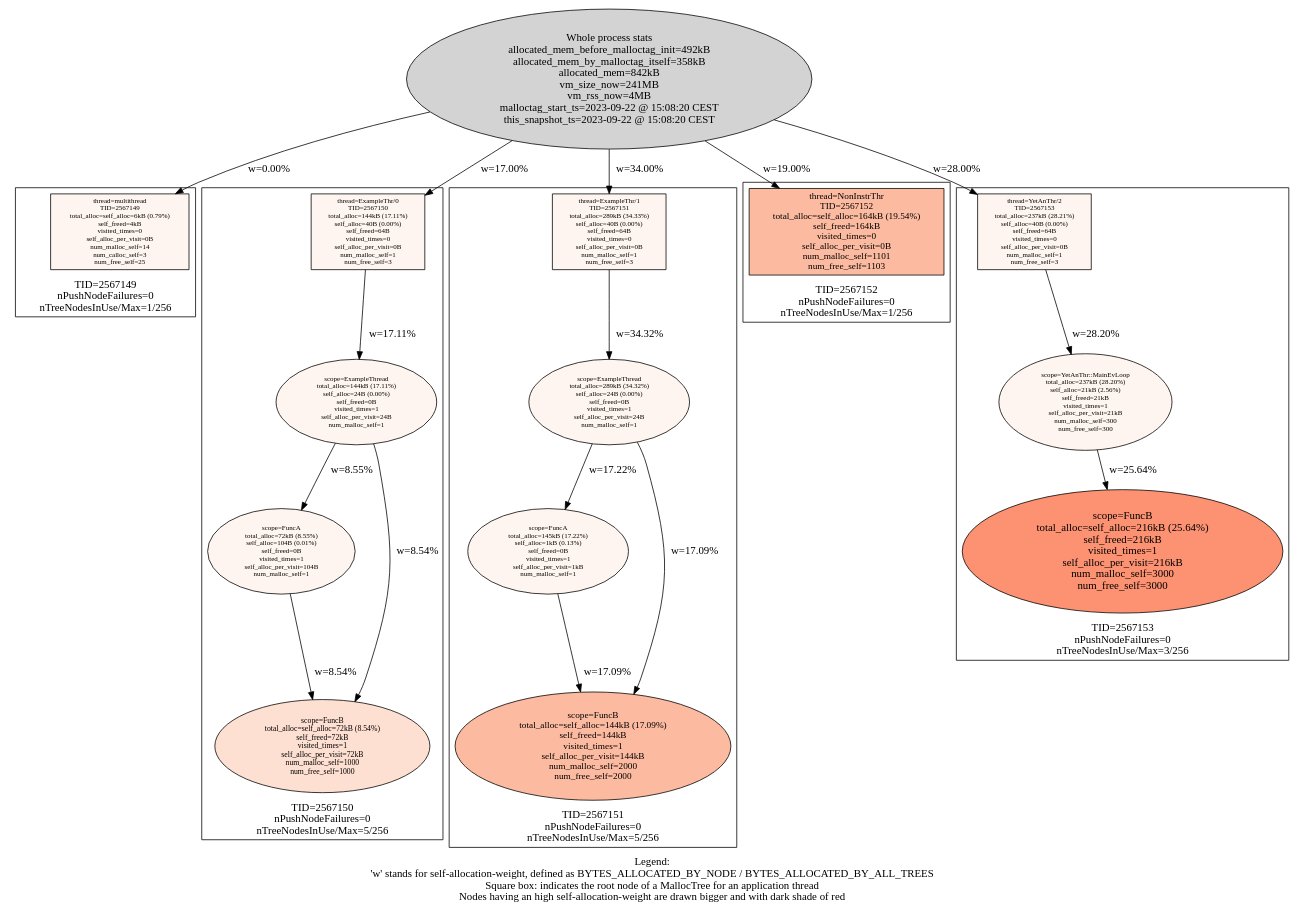
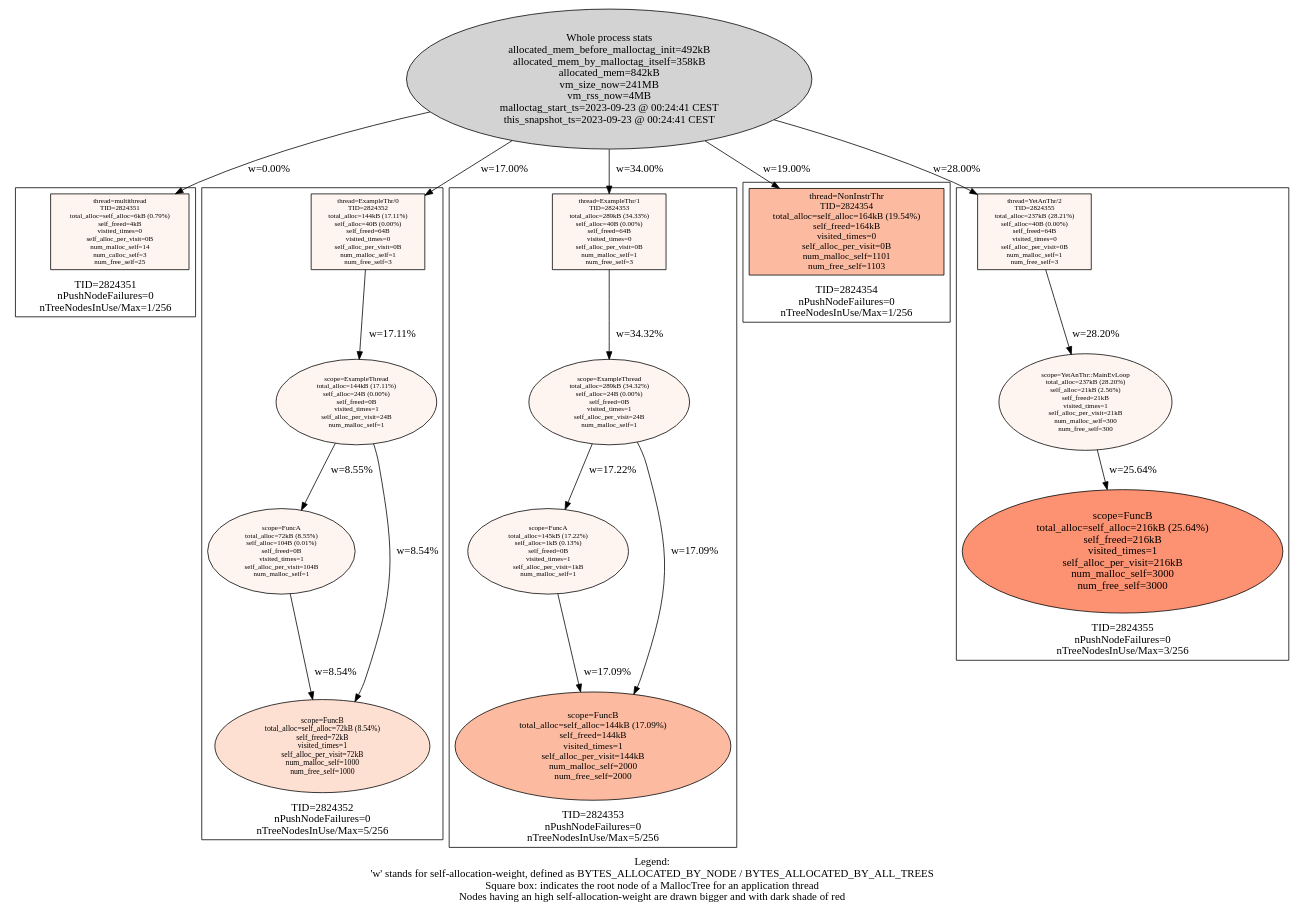
The diagram in examples/multithread/multithread_stats.dot (f18m/malloc-tag), drawn with Graphviz before and after one commit. The commit also changed 6 other files, not shown here.

Commit message:
Fix for assert triggered by MallocTagScope unnecessarily

```diff
--- a/examples/multithread/multithread_stats.dot
+++ b/examples/multithread/multithread_stats.dot
@@ -1,82 +1,82 @@
 digraph AllMallocTrees {
  node [colorscheme=reds9 style=filled]
-  "Process 2567149" [label="Whole process stats\nallocated_mem_before_malloctag_init=492kB\nallocated_mem_by_malloctag_itself=358kB\nallocated_mem=842kB\nvm_size_now=241MB\nvm_rss_now=4MB\nmalloctag_start_ts=2023-09-22 @ 15:08:20 CEST\nthis_snapshot_ts=2023-09-22 @ 15:08:20 CEST\n"
+  "Process 2824351" [label="Whole process stats\nallocated_mem_before_malloctag_init=492kB\nallocated_mem_by_malloctag_itself=358kB\nallocated_mem=842kB\nvm_size_now=241MB\nvm_rss_now=4MB\nmalloctag_start_ts=2023-09-23 @ 00:24:41 CEST\nthis_snapshot_ts=2023-09-23 @ 00:24:41 CEST\n"
 ]
- subgraph cluster_TID2567149 {
+ subgraph cluster_TID2824351 {
   node [colorscheme=reds9 style=filled]
   labelloc="b"
-  label="TID=2567149\nnPushNodeFailures=0\nnTreeNodesInUse/Max=1/256\n"
-  "2567149_multithread" [label="thread=multithread\nTID=2567149\ntotal_alloc=self_alloc=6kB (0.79%)\nself_freed=4kB\nvisited_times=0\nself_alloc_per_visit=0B\nnum_malloc_self=14\nnum_calloc_self=3\nnum_free_self=25\n"
+  label="TID=2824351\nnPushNodeFailures=0\nnTreeNodesInUse/Max=1/256\n"
+  "2824351_multithread" [label="thread=multithread\nTID=2824351\ntotal_alloc=self_alloc=6kB (0.79%)\nself_freed=4kB\nvisited_times=0\nself_alloc_per_visit=0B\nnum_malloc_self=14\nnum_calloc_self=3\nnum_free_self=25\n"
  shape=box fillcolor=1 fontsize=9]
  }
 
-  "Process 2567149" -> "2567149_multithread" [label="w=0.00%"]
- subgraph cluster_TID2567150 {
+  "Process 2824351" -> "2824351_multithread" [label="w=0.00%"]
+ subgraph cluster_TID2824352 {
   node [colorscheme=reds9 style=filled]
   labelloc="b"
-  label="TID=2567150\nnPushNodeFailures=0\nnTreeNodesInUse/Max=5/256\n"
-  "2567150_ExampleThr/0" [label="thread=ExampleThr/0\nTID=2567150\ntotal_alloc=144kB (17.11%)\nself_alloc=40B (0.00%)\nself_freed=64B\nvisited_times=0\nself_alloc_per_visit=0B\nnum_malloc_self=1\nnum_free_self=3\n"
+  label="TID=2824352\nnPushNodeFailures=0\nnTreeNodesInUse/Max=5/256\n"
+  "2824352_ExampleThr/0" [label="thread=ExampleThr/0\nTID=2824352\ntotal_alloc=144kB (17.11%)\nself_alloc=40B (0.00%)\nself_freed=64B\nvisited_times=0\nself_alloc_per_visit=0B\nnum_malloc_self=1\nnum_free_self=3\n"
  shape=box fillcolor=1 fontsize=9]
-  "2567150_ExampleThr/0" -> "2567150_ExampleThread" [label="w=17.11%"]
-  "2567150_ExampleThread" [label="scope=ExampleThread\ntotal_alloc=144kB (17.11%)\nself_alloc=24B (0.00%)\nself_freed=0B\nvisited_times=1\nself_alloc_per_visit=24B\nnum_malloc_self=1\n"
+  "2824352_ExampleThr/0" -> "2824352_ExampleThread" [label="w=17.11%"]
+  "2824352_ExampleThread" [label="scope=ExampleThread\ntotal_alloc=144kB (17.11%)\nself_alloc=24B (0.00%)\nself_freed=0B\nvisited_times=1\nself_alloc_per_visit=24B\nnum_malloc_self=1\n"
  fillcolor=1 fontsize=9]
-  "2567150_ExampleThread" -> "2567150_FuncA" [label="w=8.55%"]
-  "2567150_ExampleThread" -> "2567150_FuncB" [label="w=8.54%"]
-  "2567150_FuncA" [label="scope=FuncA\ntotal_alloc=72kB (8.55%)\nself_alloc=104B (0.01%)\nself_freed=0B\nvisited_times=1\nself_alloc_per_visit=104B\nnum_malloc_self=1\n"
+  "2824352_ExampleThread" -> "2824352_FuncA" [label="w=8.55%"]
+  "2824352_ExampleThread" -> "2824352_FuncB" [label="w=8.54%"]
+  "2824352_FuncA" [label="scope=FuncA\ntotal_alloc=72kB (8.55%)\nself_alloc=104B (0.01%)\nself_freed=0B\nvisited_times=1\nself_alloc_per_visit=104B\nnum_malloc_self=1\n"
  fillcolor=1 fontsize=9]
-  "2567150_FuncA" -> "2567150_FuncB" [label="w=8.54%"]
-  "2567150_FuncB" [label="scope=FuncB\ntotal_alloc=self_alloc=72kB (8.54%)\nself_freed=72kB\nvisited_times=1\nself_alloc_per_visit=72kB\nnum_malloc_self=1000\nnum_free_self=1000\n"
+  "2824352_FuncA" -> "2824352_FuncB" [label="w=8.54%"]
+  "2824352_FuncB" [label="scope=FuncB\ntotal_alloc=self_alloc=72kB (8.54%)\nself_freed=72kB\nvisited_times=1\nself_alloc_per_visit=72kB\nnum_malloc_self=1000\nnum_free_self=1000\n"
  fillcolor=2 fontsize=10]
-  "2567150_FuncB" [label="scope=FuncB\ntotal_alloc=self_alloc=72kB (8.54%)\nself_freed=72kB\nvisited_times=1\nself_alloc_per_visit=72kB\nnum_malloc_self=1000\nnum_free_self=1000\n"
+  "2824352_FuncB" [label="scope=FuncB\ntotal_alloc=self_alloc=72kB (8.54%)\nself_freed=72kB\nvisited_times=1\nself_alloc_per_visit=72kB\nnum_malloc_self=1000\nnum_free_self=1000\n"
  fillcolor=2 fontsize=10]
  }
 
-  "Process 2567149" -> "2567150_ExampleThr/0" [label="w=17.00%"]
- subgraph cluster_TID2567151 {
+  "Process 2824351" -> "2824352_ExampleThr/0" [label="w=17.00%"]
+ subgraph cluster_TID2824353 {
   node [colorscheme=reds9 style=filled]
   labelloc="b"
-  label="TID=2567151\nnPushNodeFailures=0\nnTreeNodesInUse/Max=5/256\n"
-  "2567151_ExampleThr/1" [label="thread=ExampleThr/1\nTID=2567151\ntotal_alloc=289kB (34.33%)\nself_alloc=40B (0.00%)\nself_freed=64B\nvisited_times=0\nself_alloc_per_visit=0B\nnum_malloc_self=1\nnum_free_self=3\n"
+  label="TID=2824353\nnPushNodeFailures=0\nnTreeNodesInUse/Max=5/256\n"
+  "2824353_ExampleThr/1" [label="thread=ExampleThr/1\nTID=2824353\ntotal_alloc=289kB (34.33%)\nself_alloc=40B (0.00%)\nself_freed=64B\nvisited_times=0\nself_alloc_per_visit=0B\nnum_malloc_self=1\nnum_free_self=3\n"
  shape=box fillcolor=1 fontsize=9]
-  "2567151_ExampleThr/1" -> "2567151_ExampleThread" [label="w=34.32%"]
-  "2567151_ExampleThread" [label="scope=ExampleThread\ntotal_alloc=289kB (34.32%)\nself_alloc=24B (0.00%)\nself_freed=0B\nvisited_times=1\nself_alloc_per_visit=24B\nnum_malloc_self=1\n"
+  "2824353_ExampleThr/1" -> "2824353_ExampleThread" [label="w=34.32%"]
+  "2824353_ExampleThread" [label="scope=ExampleThread\ntotal_alloc=289kB (34.32%)\nself_alloc=24B (0.00%)\nself_freed=0B\nvisited_times=1\nself_alloc_per_visit=24B\nnum_malloc_self=1\n"
  fillcolor=1 fontsize=9]
-  "2567151_ExampleThread" -> "2567151_FuncA" [label="w=17.22%"]
-  "2567151_ExampleThread" -> "2567151_FuncB" [label="w=17.09%"]
-  "2567151_FuncA" [label="scope=FuncA\ntotal_alloc=145kB (17.22%)\nself_alloc=1kB (0.13%)\nself_freed=0B\nvisited_times=1\nself_alloc_per_visit=1kB\nnum_malloc_self=1\n"
+  "2824353_ExampleThread" -> "2824353_FuncA" [label="w=17.22%"]
+  "2824353_ExampleThread" -> "2824353_FuncB" [label="w=17.09%"]
+  "2824353_FuncA" [label="scope=FuncA\ntotal_alloc=145kB (17.22%)\nself_alloc=1kB (0.13%)\nself_freed=0B\nvisited_times=1\nself_alloc_per_visit=1kB\nnum_malloc_self=1\n"
  fillcolor=1 fontsize=9]
-  "2567151_FuncA" -> "2567151_FuncB" [label="w=17.09%"]
-  "2567151_FuncB" [label="scope=FuncB\ntotal_alloc=self_alloc=144kB (17.09%)\nself_freed=144kB\nvisited_times=1\nself_alloc_per_visit=144kB\nnum_malloc_self=2000\nnum_free_self=2000\n"
+  "2824353_FuncA" -> "2824353_FuncB" [label="w=17.09%"]
+  "2824353_FuncB" [label="scope=FuncB\ntotal_alloc=self_alloc=144kB (17.09%)\nself_freed=144kB\nvisited_times=1\nself_alloc_per_visit=144kB\nnum_malloc_self=2000\nnum_free_self=2000\n"
  fillcolor=3 fontsize=12]
-  "2567151_FuncB" [label="scope=FuncB\ntotal_alloc=self_alloc=144kB (17.09%)\nself_freed=144kB\nvisited_times=1\nself_alloc_per_visit=144kB\nnum_malloc_self=2000\nnum_free_self=2000\n"
+  "2824353_FuncB" [label="scope=FuncB\ntotal_alloc=self_alloc=144kB (17.09%)\nself_freed=144kB\nvisited_times=1\nself_alloc_per_visit=144kB\nnum_malloc_self=2000\nnum_free_self=2000\n"
  fillcolor=3 fontsize=12]
  }
 
-  "Process 2567149" -> "2567151_ExampleThr/1" [label="w=34.00%"]
- subgraph cluster_TID2567152 {
+  "Process 2824351" -> "2824353_ExampleThr/1" [label="w=34.00%"]
+ subgraph cluster_TID2824354 {
   node [colorscheme=reds9 style=filled]
   labelloc="b"
-  label="TID=2567152\nnPushNodeFailures=0\nnTreeNodesInUse/Max=1/256\n"
-  "2567152_NonInstrThr" [label="thread=NonInstrThr\nTID=2567152\ntotal_alloc=self_alloc=164kB (19.54%)\nself_freed=164kB\nvisited_times=0\nself_alloc_per_visit=0B\nnum_malloc_self=1101\nnum_free_self=1103\n"
+  label="TID=2824354\nnPushNodeFailures=0\nnTreeNodesInUse/Max=1/256\n"
+  "2824354_NonInstrThr" [label="thread=NonInstrThr\nTID=2824354\ntotal_alloc=self_alloc=164kB (19.54%)\nself_freed=164kB\nvisited_times=0\nself_alloc_per_visit=0B\nnum_malloc_self=1101\nnum_free_self=1103\n"
  shape=box fillcolor=3 fontsize=12]
  }
 
-  "Process 2567149" -> "2567152_NonInstrThr" [label="w=19.00%"]
- subgraph cluster_TID2567153 {
+  "Process 2824351" -> "2824354_NonInstrThr" [label="w=19.00%"]
+ subgraph cluster_TID2824355 {
   node [colorscheme=reds9 style=filled]
   labelloc="b"
-  label="TID=2567153\nnPushNodeFailures=0\nnTreeNodesInUse/Max=3/256\n"
-  "2567153_YetAnThr/2" [label="thread=YetAnThr/2\nTID=2567153\ntotal_alloc=237kB (28.21%)\nself_alloc=40B (0.00%)\nself_freed=64B\nvisited_times=0\nself_alloc_per_visit=0B\nnum_malloc_self=1\nnum_free_self=3\n"
+  label="TID=2824355\nnPushNodeFailures=0\nnTreeNodesInUse/Max=3/256\n"
+  "2824355_YetAnThr/2" [label="thread=YetAnThr/2\nTID=2824355\ntotal_alloc=237kB (28.21%)\nself_alloc=40B (0.00%)\nself_freed=64B\nvisited_times=0\nself_alloc_per_visit=0B\nnum_malloc_self=1\nnum_free_self=3\n"
  shape=box fillcolor=1 fontsize=9]
-  "2567153_YetAnThr/2" -> "2567153_YetAnThr::MainEvLoop" [label="w=28.20%"]
-  "2567153_YetAnThr::MainEvLoop" [label="scope=YetAnThr::MainEvLoop\ntotal_alloc=237kB (28.20%)\nself_alloc=21kB (2.56%)\nself_freed=21kB\nvisited_times=1\nself_alloc_per_visit=21kB\nnum_malloc_self=300\nnum_free_self=300\n"
+  "2824355_YetAnThr/2" -> "2824355_YetAnThr::MainEvLoop" [label="w=28.20%"]
+  "2824355_YetAnThr::MainEvLoop" [label="scope=YetAnThr::MainEvLoop\ntotal_alloc=237kB (28.20%)\nself_alloc=21kB (2.56%)\nself_freed=21kB\nvisited_times=1\nself_alloc_per_visit=21kB\nnum_malloc_self=300\nnum_free_self=300\n"
  fillcolor=1 fontsize=9]
-  "2567153_YetAnThr::MainEvLoop" -> "2567153_FuncB" [label="w=25.64%"]
-  "2567153_FuncB" [label="scope=FuncB\ntotal_alloc=self_alloc=216kB (25.64%)\nself_freed=216kB\nvisited_times=1\nself_alloc_per_visit=216kB\nnum_malloc_self=3000\nnum_free_self=3000\n"
+  "2824355_YetAnThr::MainEvLoop" -> "2824355_FuncB" [label="w=25.64%"]
+  "2824355_FuncB" [label="scope=FuncB\ntotal_alloc=self_alloc=216kB (25.64%)\nself_freed=216kB\nvisited_times=1\nself_alloc_per_visit=216kB\nnum_malloc_self=3000\nnum_free_self=3000\n"
  fillcolor=4 fontsize=14]
  }
 
-  "Process 2567149" -> "2567153_YetAnThr/2" [label="w=28.00%"]
+  "Process 2824351" -> "2824355_YetAnThr/2" [label="w=28.00%"]
  labelloc="b"
  label="Legend:\n'w' stands for self-allocation-weight, defined as BYTES_ALLOCATED_BY_NODE / BYTES_ALLOCATED_BY_ALL_TREES\nSquare box: indicates the root node of a MallocTree for an application thread\nNodes having an high self-allocation-weight are drawn bigger and with dark shade of red\n"
 }
```
